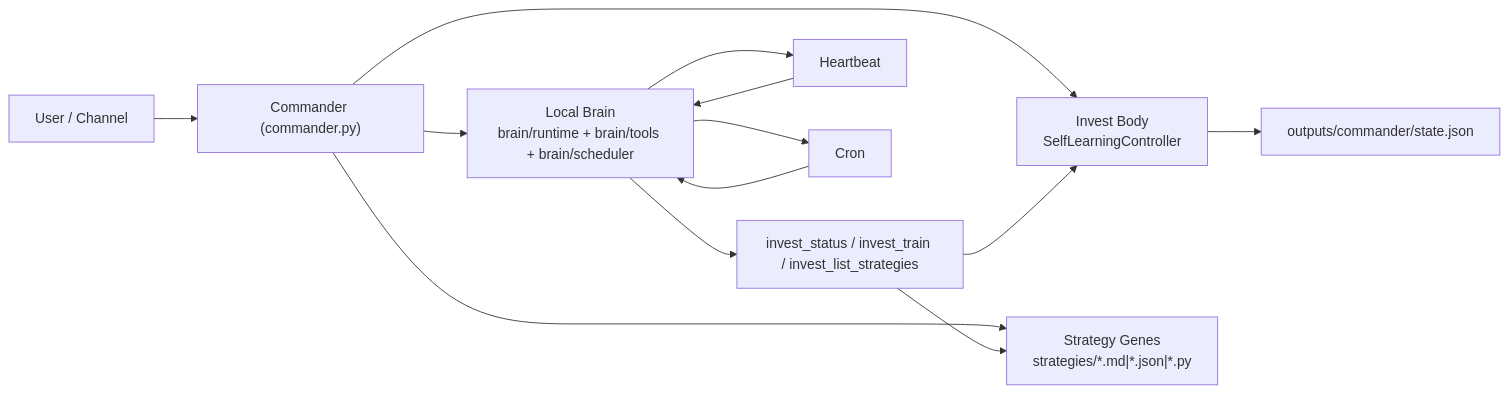
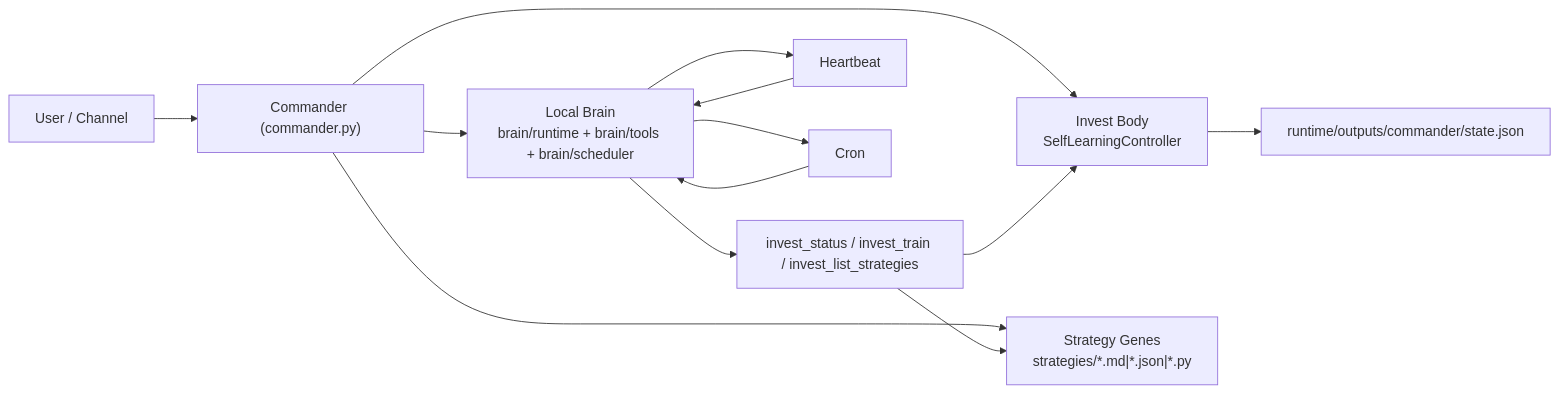
Before and after one commit to stephenxie990-blip/invest-evolution: the diagram in docs/NANOBOT_FUSION_ARCHITECTURE.md, drawn with Mermaid. The commit also changed other lines of this file and 46 other files, not shown here.

````diff
--- a/docs/NANOBOT_FUSION_ARCHITECTURE.md
+++ b/docs/NANOBOT_FUSION_ARCHITECTURE.md
@@ -40,18 +40,18 @@
 ```mermaid
 flowchart LR
     U["User / Channel"] --> C["Commander (commander.py)"]
     C --> B["Local Brain\nbrain/runtime + brain/tools + brain/scheduler"]
     C --> I["Invest Body\nSelfLearningController"]
     C --> G["Strategy Genes\nstrategies/*.md|*.json|*.py"]
 
     B --> T1["invest_status / invest_train / invest_list_strategies"]
     T1 --> I
     T1 --> G
 
     B --> H["Heartbeat"]
     B --> R["Cron"]
     H --> B
     R --> B
 
-    I --> O["outputs/commander/state.json"]
+    I --> O["runtime/outputs/commander/state.json"]
 ```
````
